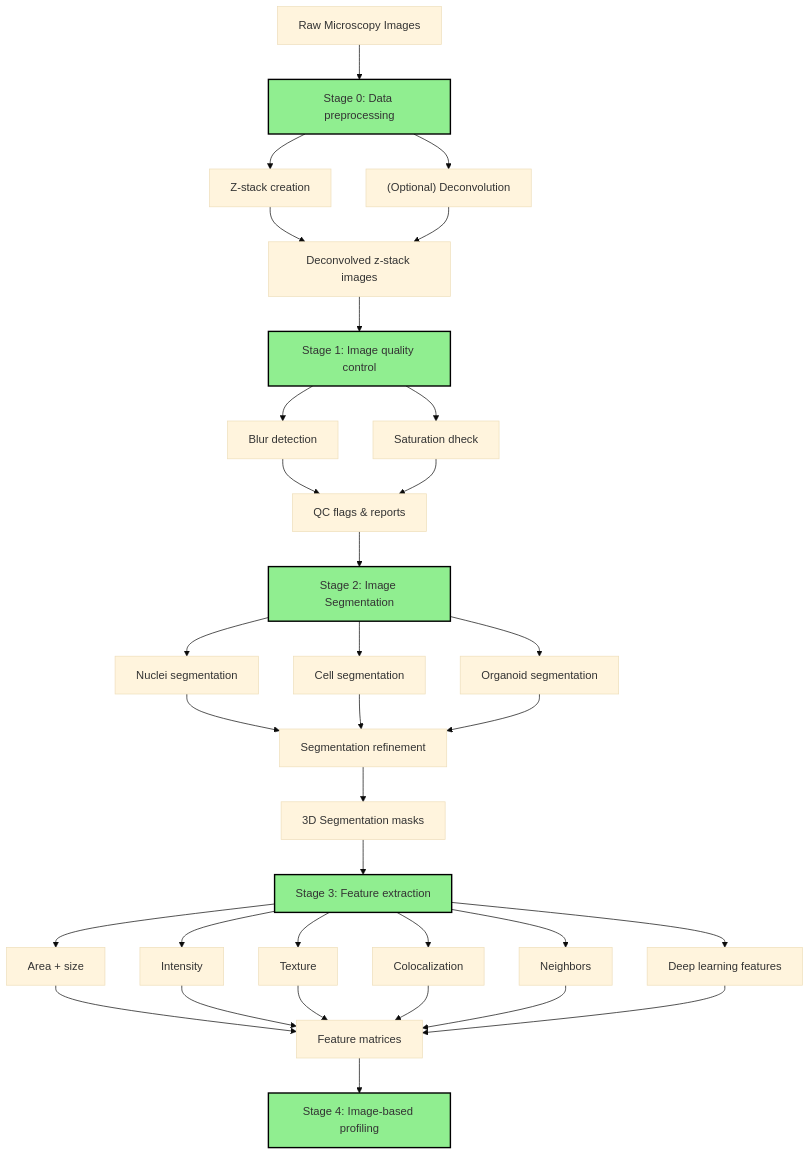
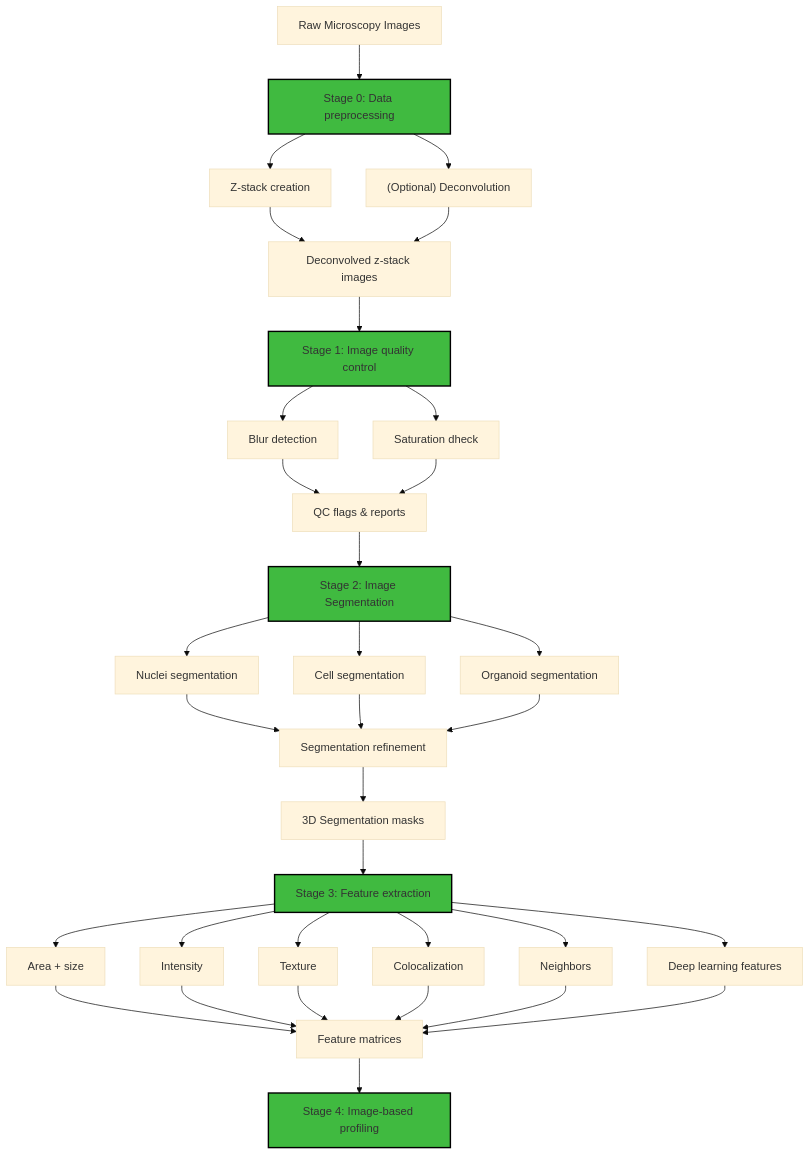
One commit to WayScience/NF1_3D_organoid_profiling_pipeline changed the first of 2 diagrams in README.md. Above: the diagram before and after it, drawn with Mermaid (base theme). The commit also changed other lines of this file and 9 other files, not shown here.

````diff
--- a/README.md
+++ b/README.md
@@ -28,54 +29,54 @@
 ```{mermaid}
 flowchart TD
    A[Raw Microscopy Images] --> B[Stage 0: Data preprocessing]
 
    B --> C1[Z-stack creation]
    B --> C2["(Optional) Deconvolution"]
 
    C1 --> D[Deconvolved z-stack images]
    C2 --> D
 
    D --> E[Stage 1: Image quality control]
 
    E --> F1[Blur detection]
    E --> F2[Saturation dheck]
 
    F1 --> G[QC flags & reports]
    F2 --> G
 
    G --> H[Stage 2: Image Segmentation]
 
    H --> I1[Nuclei segmentation]
    H --> I2[Cell segmentation]
    H --> I3[Organoid segmentation]
 
    I1 --> J[Segmentation refinement]
    I2 --> J
    I3 --> J
 
    J --> K[3D Segmentation masks]
 
    K --> L[Stage 3: Feature extraction]
 
    L --> M1[Area + size]
    L --> M2[Intensity]
    L --> M3[Texture]
    L --> M4[Colocalization]
    L --> M5[Neighbors]
    L --> M6[Deep learning features]
 
    M1 --> N[Feature matrices]
    M2 --> N
    M3 --> N
    M4 --> N
    M5 --> N
    M6 --> N
 
    N --> O[Stage 4: Image-based profiling]
 
-   style B fill:#90EE90,stroke:#000,stroke-width:2px
-   style E fill:#90EE90,stroke:#000,stroke-width:2px
-   style H fill:#90EE90,stroke:#000,stroke-width:2px
-   style L fill:#90EE90,stroke:#000,stroke-width:2px
-   style O fill:#90EE90,stroke:#000,stroke-width:2px
+   style B fill:#40BA40,stroke:#000,stroke-width:2px
+   style E fill:#40BA40,stroke:#000,stroke-width:2px
+   style H fill:#40BA40,stroke:#000,stroke-width:2px
+   style L fill:#40BA40,stroke:#000,stroke-width:2px
+   style O fill:#40BA40,stroke:#000,stroke-width:2px
 ```
````
